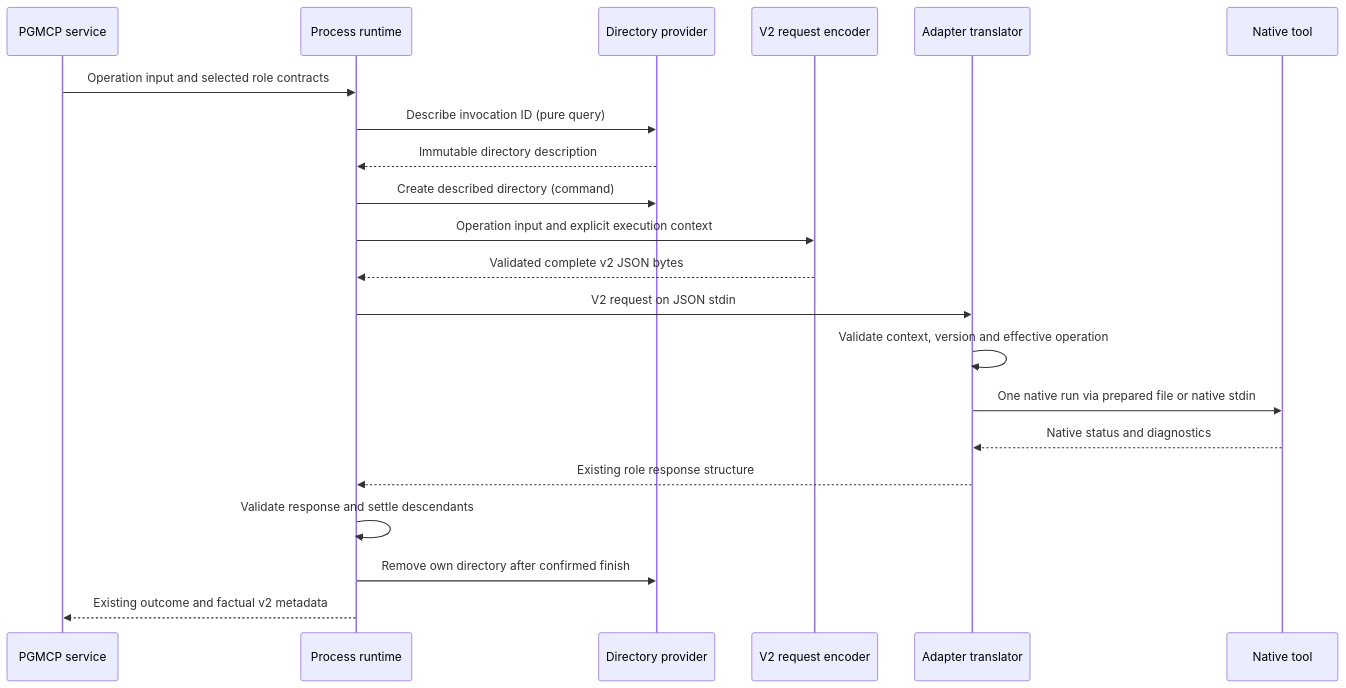
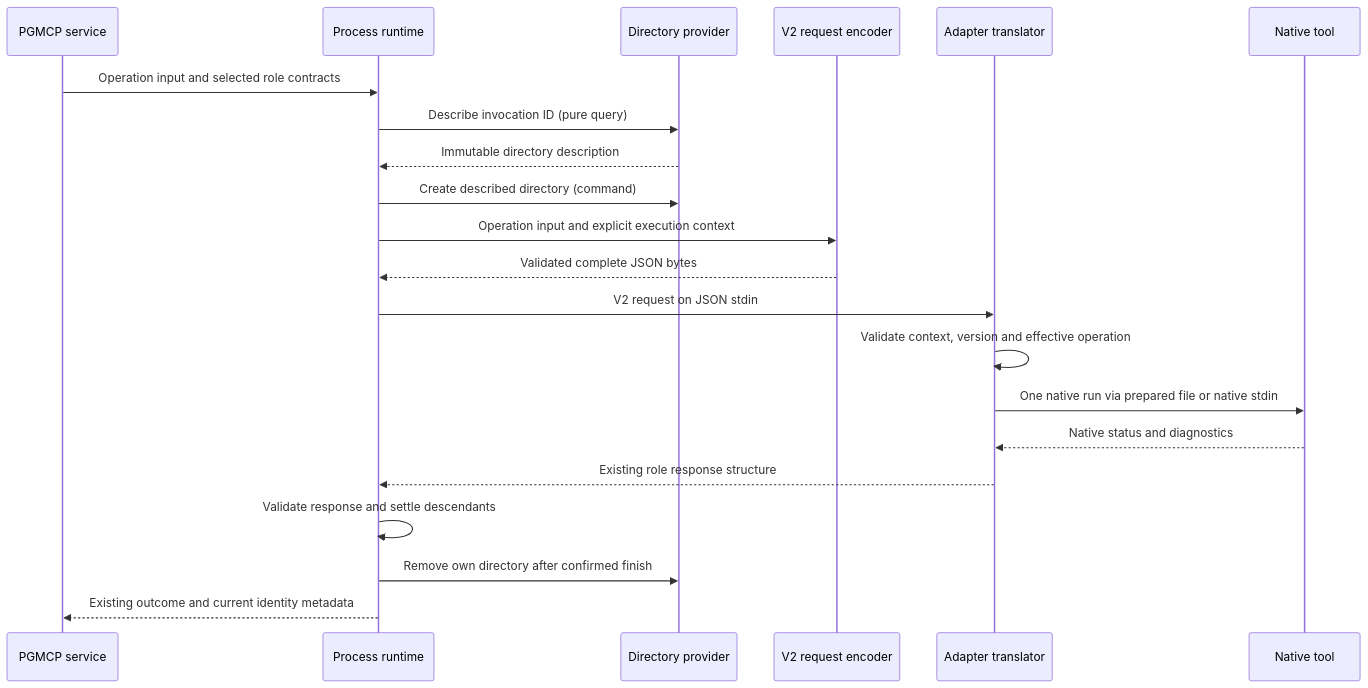
One commit to MikeyVK/phase-gate-mcp changed the diagram in docs/development/issue469/design.md. Above: the diagram before and after it, drawn with Mermaid. The commit also changed other lines of this file and 3 other files, not shown here.

````diff
--- a/docs/development/issue469/design.md
+++ b/docs/development/issue469/design.md
@@ -372,23 +367,23 @@
 ```mermaid
 sequenceDiagram
     participant S as PGMCP service
     participant R as Process runtime
     participant T as Directory provider
     participant E as V2 request encoder
     participant A as Adapter translator
     participant N as Native tool
     S->>R: Operation input and selected role contracts
     R->>T: Describe invocation ID (pure query)
     T-->>R: Immutable directory description
     R->>T: Create described directory (command)
     R->>E: Operation input and explicit execution context
-    E-->>R: Validated complete v2 JSON bytes
+    E-->>R: Validated complete JSON bytes
     R->>A: V2 request on JSON stdin
     A->>A: Validate context, version and effective operation
     A->>N: One native run via prepared file or native stdin
     N-->>A: Native status and diagnostics
     A-->>R: Existing role response structure
     R->>R: Validate response and settle descendants
     R->>T: Remove own directory after confirmed finish
-    R-->>S: Existing outcome and factual v2 metadata
+    R-->>S: Existing outcome and current identity metadata
 ```
````
